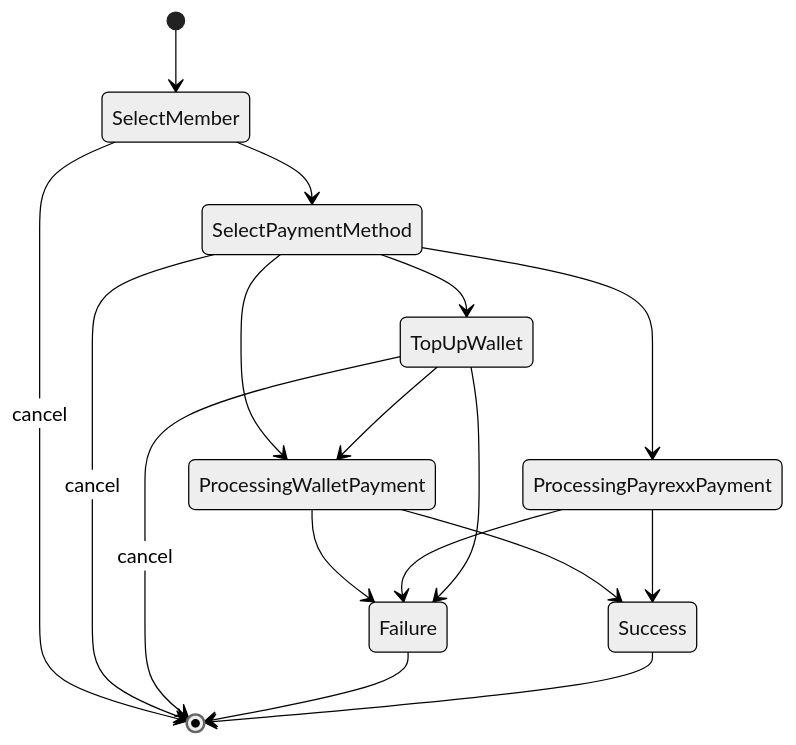
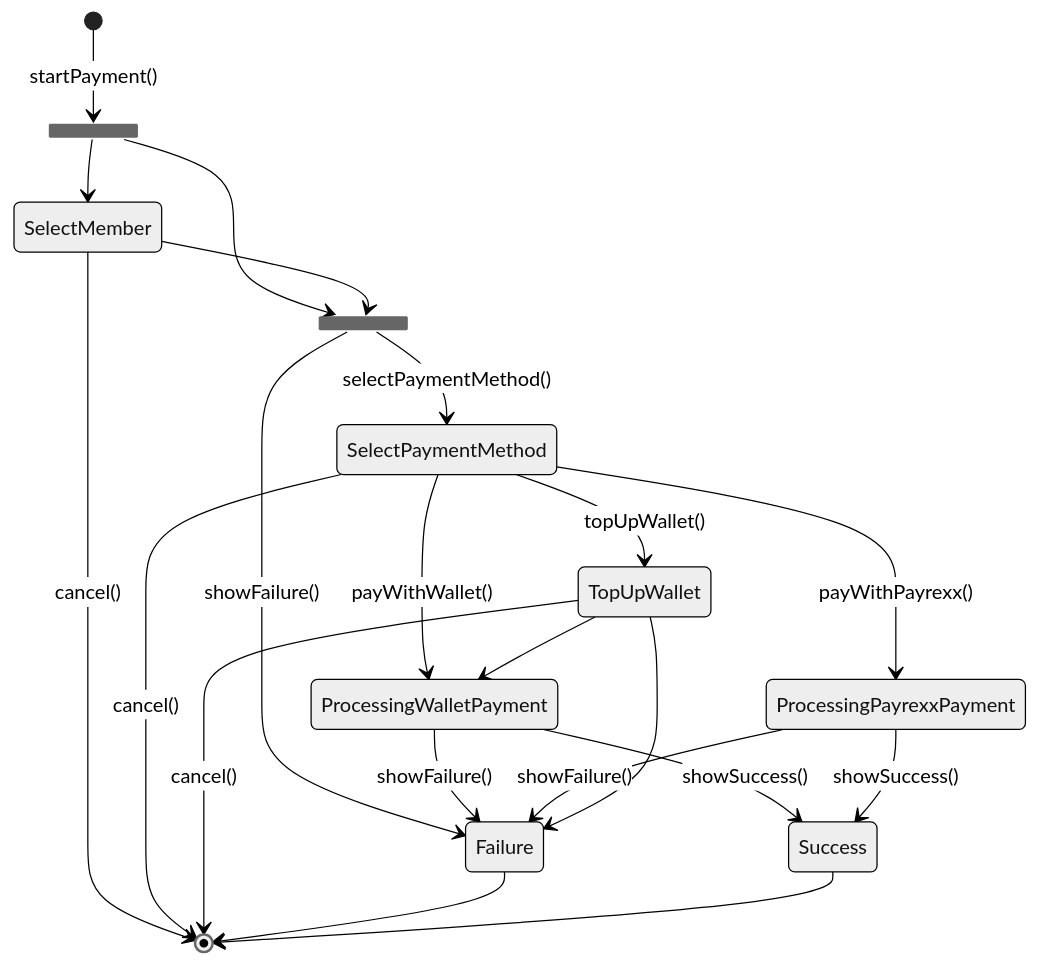
Before and after one commit to quartier-depot/self-checkout: the diagram in doc/statechart-payment.md, drawn with Mermaid (neutral theme). The commit also changed 3 other files, not shown here.

````diff
--- a/doc/statechart-payment.md
+++ b/doc/statechart-payment.md
@@ -1,26 +1,34 @@
 ```mermaid
 
 stateDiagram
-    [*] --> SelectMember
+    state StartingPayment <<fork>>
+    state CreatingOrder <<join>>
     
-    SelectMember --> SelectPaymentMethod
-    SelectMember --> [*]: cancel
+    [*] --> StartingPayment: startPayment()
 
-    SelectPaymentMethod --> TopUpWallet
-    SelectPaymentMethod --> ProcessingWalletPayment
-    SelectPaymentMethod --> ProcessingPayrexxPayment
-    SelectPaymentMethod --> [*]: cancel
+    StartingPayment --> CreatingOrder
+    StartingPayment --> SelectMember
+    SelectMember --> [*]: cancel()
+        
+    SelectMember --> CreatingOrder
+    CreatingOrder --> SelectPaymentMethod: selectPaymentMethod()
+    CreatingOrder --> Failure: showFailure()
 
-    ProcessingWalletPayment --> Success
-    ProcessingWalletPayment --> Failure
+    SelectPaymentMethod --> TopUpWallet: topUpWallet()
+    SelectPaymentMethod --> ProcessingWalletPayment: payWithWallet()
+    SelectPaymentMethod --> ProcessingPayrexxPayment: payWithPayrexx()
+    SelectPaymentMethod --> [*]: cancel()
 
-    ProcessingPayrexxPayment --> Success
-    ProcessingPayrexxPayment --> Failure
+    ProcessingWalletPayment --> Success: showSuccess()
+    ProcessingWalletPayment --> Failure: showFailure()
+
+    ProcessingPayrexxPayment --> Success: showSuccess()
+    ProcessingPayrexxPayment --> Failure: showFailure()
 
     TopUpWallet --> ProcessingWalletPayment
     TopUpWallet --> Failure
-    TopUpWallet --> [*]: cancel
+    TopUpWallet --> [*]: cancel()
     
     Failure --> [*]
     Success --> [*]
 ```
````
